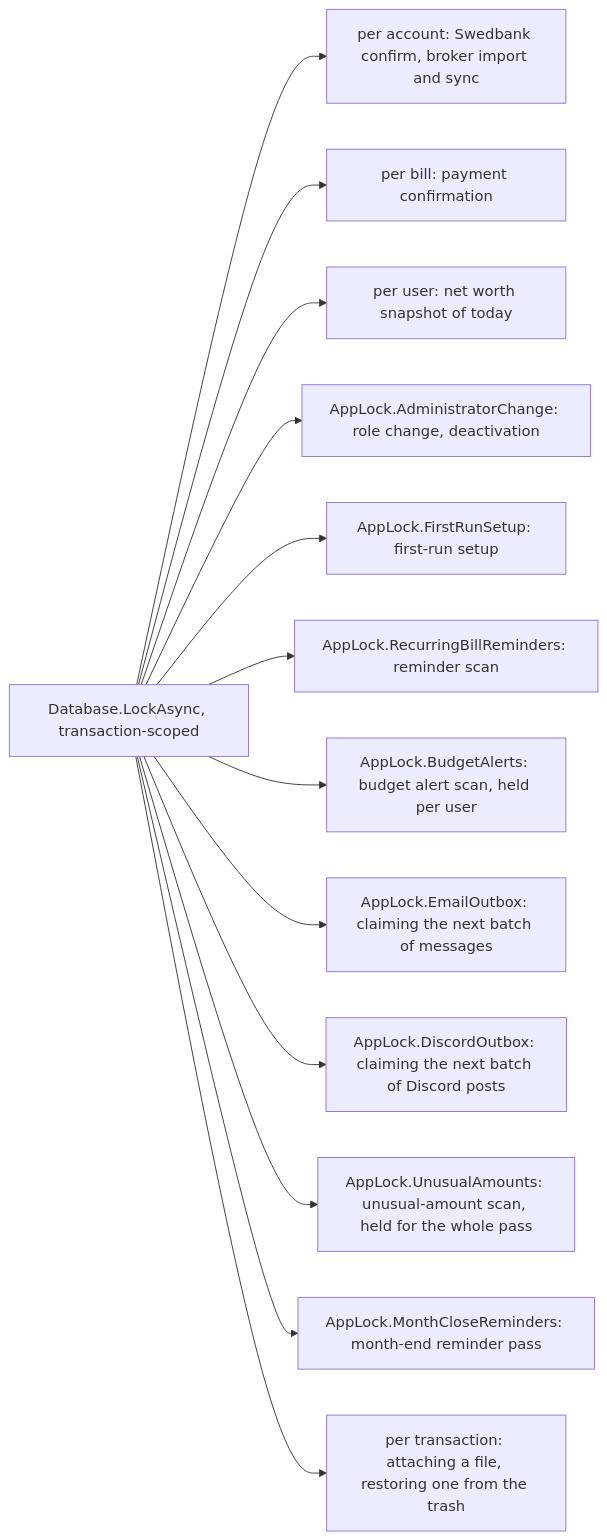
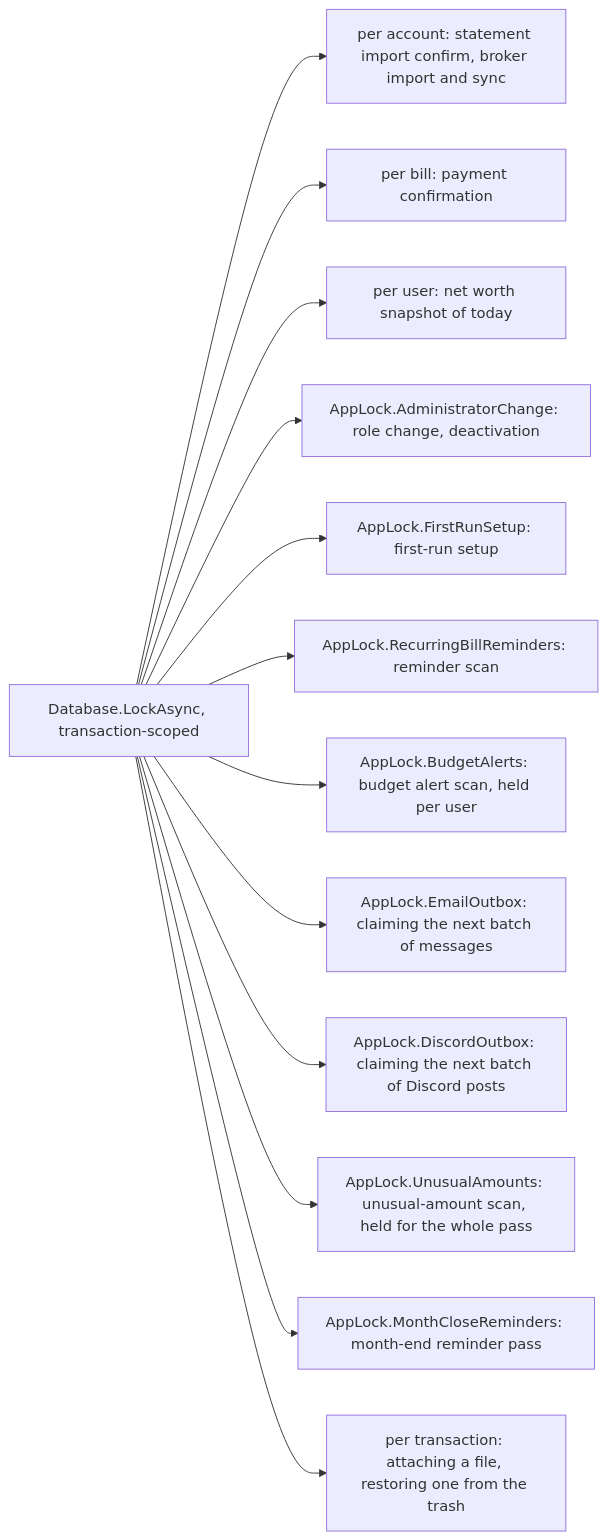
One commit to Justxs/Jx-Finance changed the second of 2 diagrams in docs/features/background-jobs.md. Above: the diagram before and after it, drawn with Mermaid. The commit also changed 72 other files, not shown here.

````diff
--- a/docs/features/background-jobs.md
+++ b/docs/features/background-jobs.md
@@ -84,15 +84,15 @@
 ```mermaid
 flowchart LR
-    Lock["Database.LockAsync, transaction-scoped"] --> A["per account: Swedbank confirm, broker import and sync"]
+    Lock["Database.LockAsync, transaction-scoped"] --> A["per account: statement import confirm, broker import and sync"]
     Lock --> Bi["per bill: payment confirmation"]
     Lock --> U["per user: net worth snapshot of today"]
     Lock --> Adm["AppLock.AdministratorChange: role change, deactivation"]
     Lock --> Setup["AppLock.FirstRunSetup: first-run setup"]
     Lock --> Rem["AppLock.RecurringBillReminders: reminder scan"]
     Lock --> Bud["AppLock.BudgetAlerts: budget alert scan, held per user"]
     Lock --> Mail["AppLock.EmailOutbox: claiming the next batch of messages"]
     Lock --> Disc["AppLock.DiscordOutbox: claiming the next batch of Discord posts"]
     Lock --> Unu["AppLock.UnusualAmounts: unusual-amount scan, held for the whole pass"]
     Lock --> Close["AppLock.MonthCloseReminders: month-end reminder pass"]
     Lock --> Att["per transaction: attaching a file, restoring one from the trash"]
 ```
````
